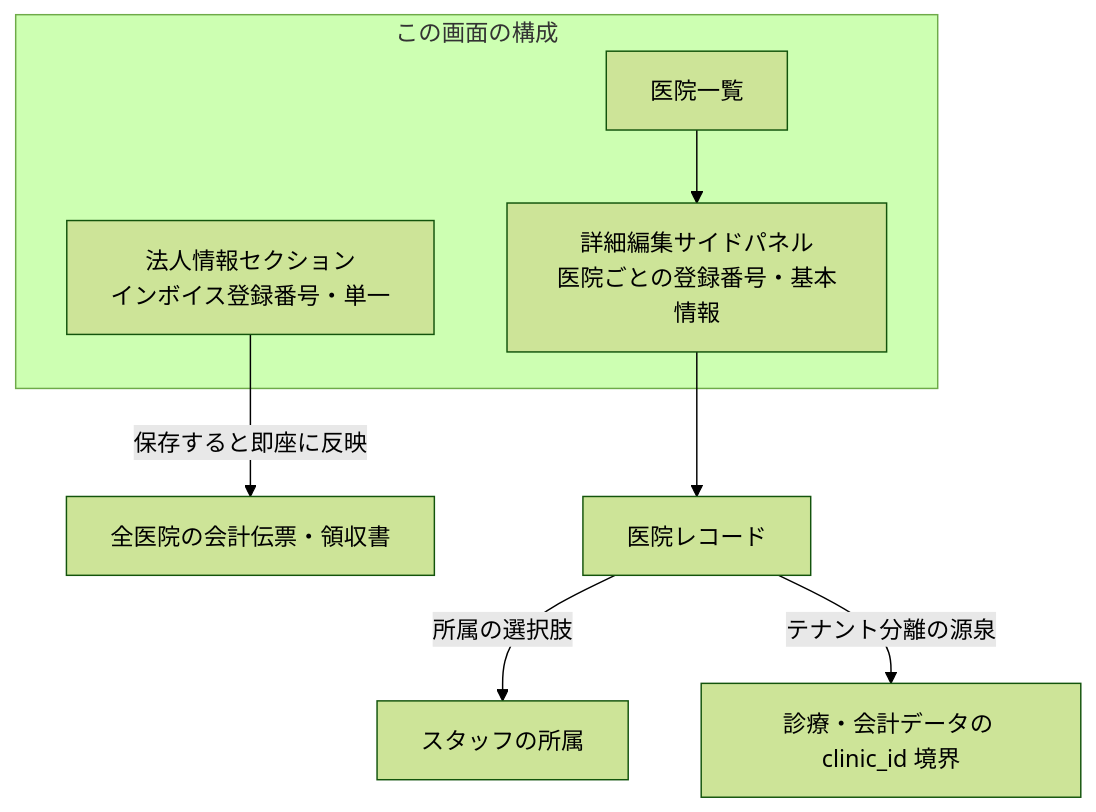
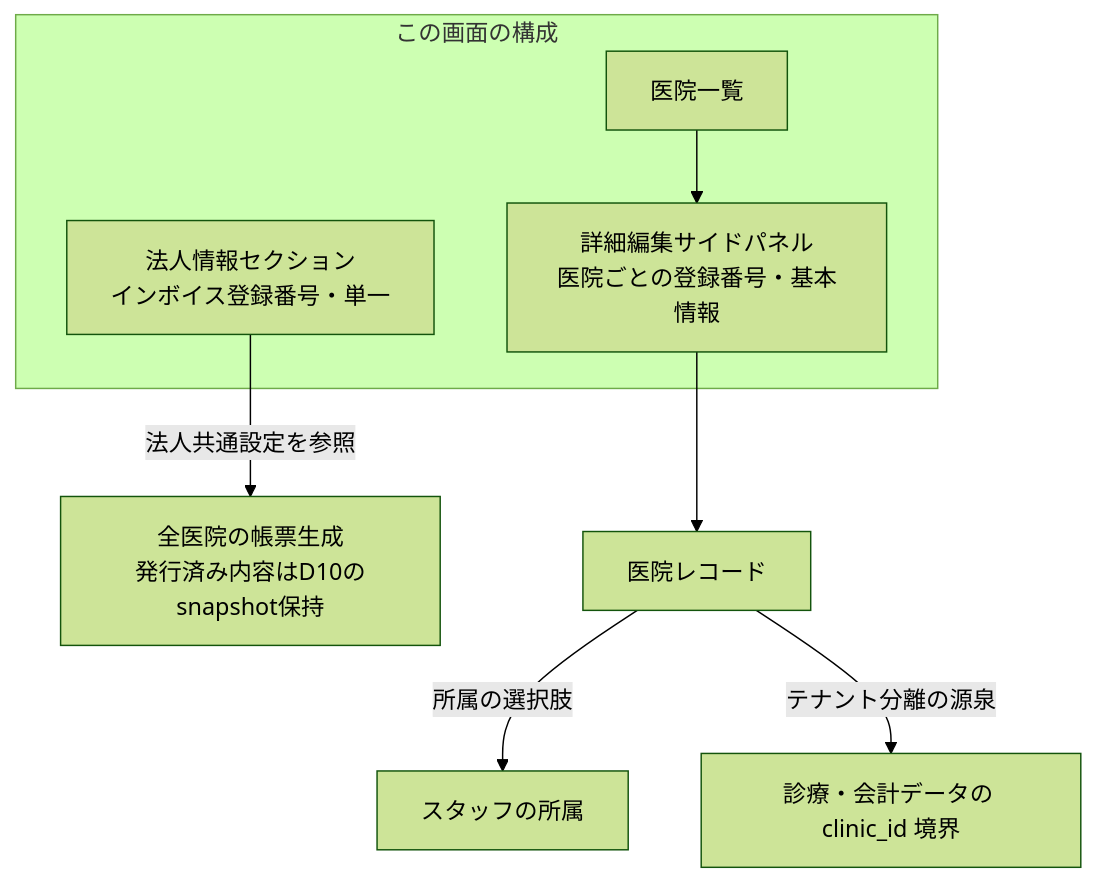
Before and after one commit to MinoruSoga/AnimalEkarte: the diagram in docs/spec/screens/19-clinic-settings.md, drawn with Mermaid (forest theme). The commit also changed other lines of this file and 79 other files, not shown here.

````diff
--- a/docs/spec/screens/19-clinic-settings.md
+++ b/docs/spec/screens/19-clinic-settings.md
@@ -33,13 +33,13 @@
 ```mermaid
 flowchart TB
     subgraph Screen["この画面の構成"]
         Company["法人情報セクション<br>インボイス登録番号・単一"]
         List["医院一覧"]
         Panel["詳細編集サイドパネル<br>医院ごとの登録番号・基本情報"]
         List --> Panel
     end
-    Company -->|保存すると即座に反映| Doc["全医院の会計伝票・領収書"]
+    Company -->|法人共通設定を参照| Doc["全医院の帳票生成<br/>発行済み内容はD10のsnapshot保持"]
     Panel --> Clinic["医院レコード"]
     Clinic -->|所属の選択肢| Staff["スタッフの所属"]
     Clinic -->|テナント分離の源泉| Tenant["診療・会計データの clinic_id 境界"]
 ```
````
